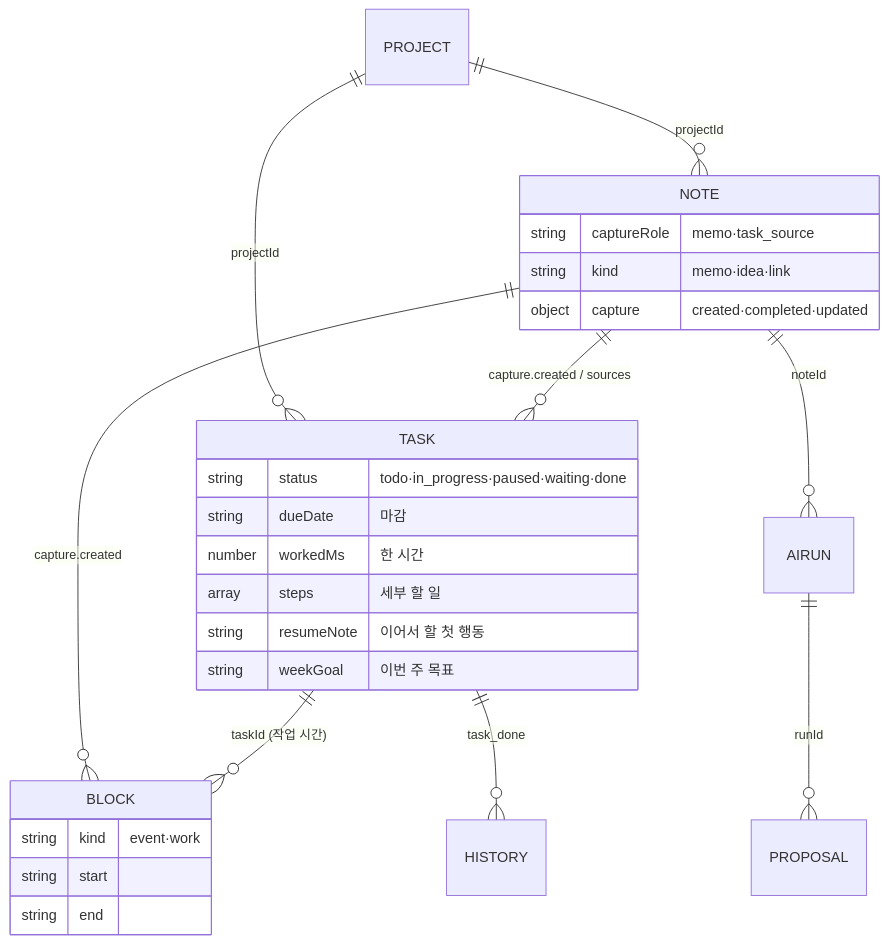
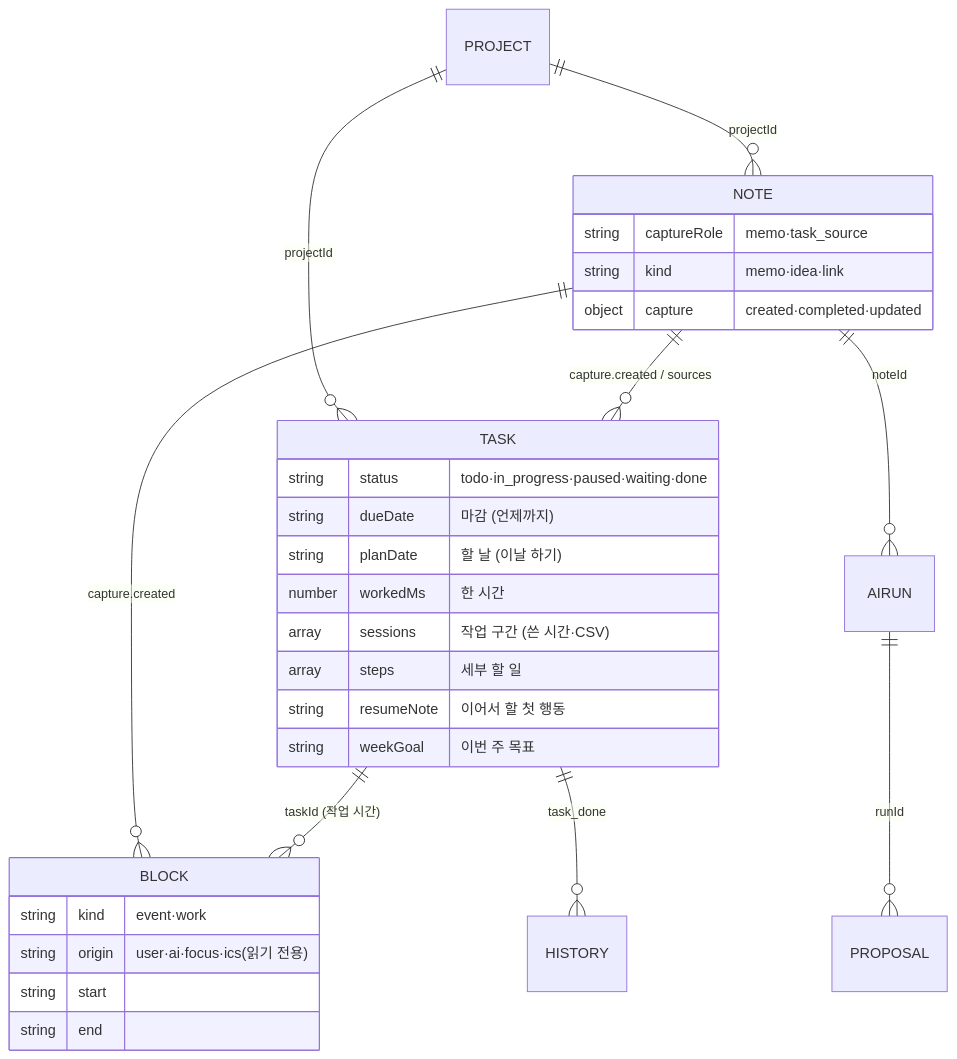
One commit to Alta-kr/famem changed the fourth of 4 diagrams in daynote/ARCHITECTURE.md. Above: the diagram before and after it, drawn with Mermaid. The commit also changed other lines of this file and 34 other files, not shown here.

First line of the commit message:
UX 점검 큰 7가지 반영: 할 일 칸 넓히기 · 날짜 말 통일 · 입력 길 하나로 · 회사 캘린더(ICS) · 집중 보호 · 쓴 시간·CSV · 하루 마무리 간단히

````diff
--- a/daynote/ARCHITECTURE.md
+++ b/daynote/ARCHITECTURE.md
@@ -149,29 +156,32 @@
 ```mermaid
 erDiagram
   PROJECT ||--o{ TASK : projectId
   PROJECT ||--o{ NOTE : projectId
   NOTE ||--o{ TASK : "capture.created / sources"
   NOTE ||--o{ BLOCK : "capture.created"
   TASK ||--o{ BLOCK : "taskId (작업 시간)"
   TASK ||--o{ HISTORY : "task_done"
   NOTE ||--o{ AIRUN : noteId
   AIRUN ||--o{ PROPOSAL : runId
   TASK {
     string status "todo·in_progress·paused·waiting·done"
-    string dueDate "마감"
+    string dueDate "마감 (언제까지)"
+    string planDate "할 날 (이날 하기)"
     number workedMs "한 시간"
+    array sessions "작업 구간 (쓴 시간·CSV)"
     array steps "세부 할 일"
     string resumeNote "이어서 할 첫 행동"
     string weekGoal "이번 주 목표"
   }
   NOTE {
     string captureRole "memo·task_source"
     string kind "memo·idea·link"
     object capture "created·completed·updated"
   }
   BLOCK {
     string kind "event·work"
+    string origin "user·ai·focus·ics(읽기 전용)"
     string start
     string end
   }
 ```
````
